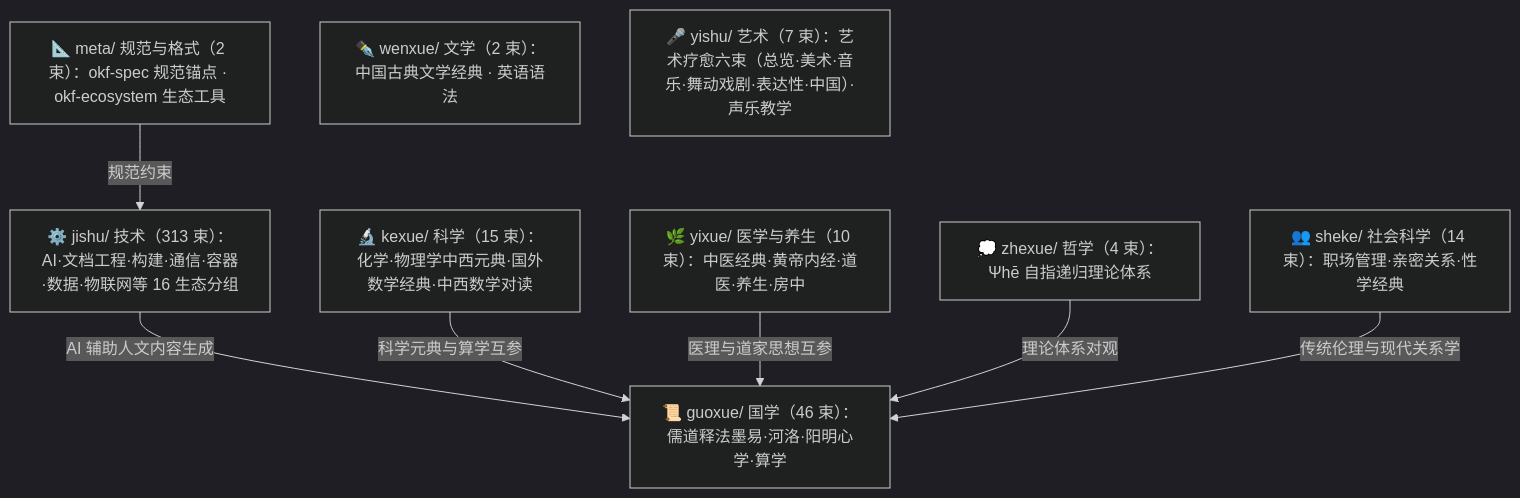
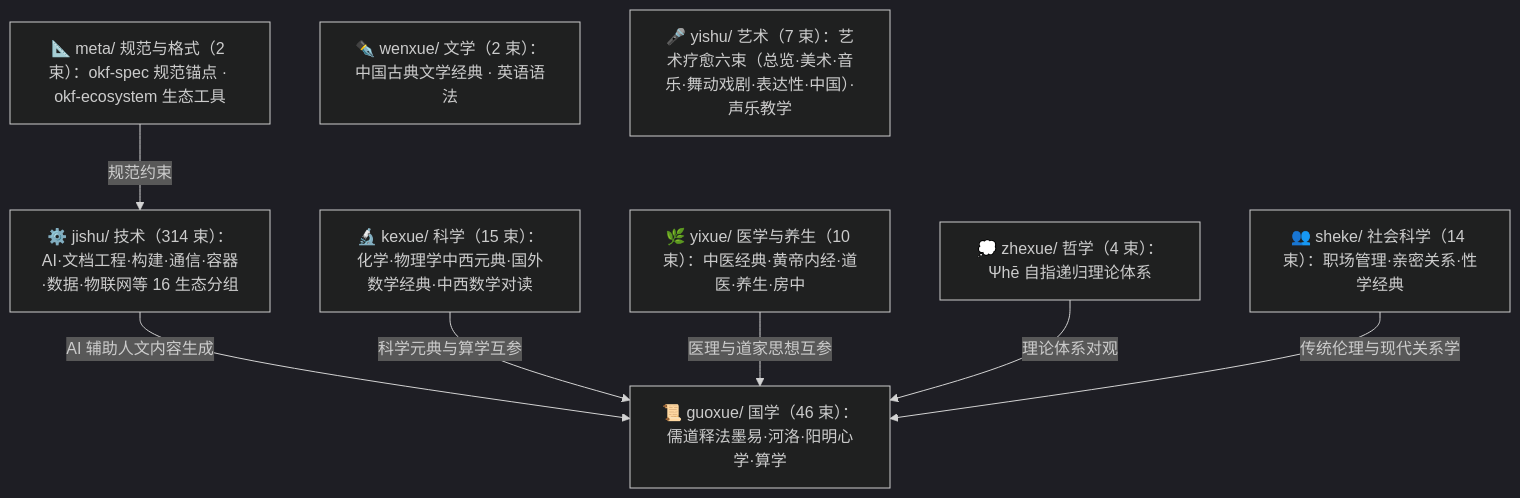
Before and after one commit to awesome-flexloop/awesome-okf: the diagram in doc/bundles/index.md, drawn with Mermaid (dark theme). The commit also changed other lines of this file and 14 other files, not shown here.

````diff
--- a/doc/bundles/index.md
+++ b/doc/bundles/index.md
@@ -21,18 +21,18 @@
 ```mermaid
 flowchart TD
     meta["📐 meta/ 规范与格式（2 束）：okf-spec 规范锚点 · okf-ecosystem 生态工具"]
     guoxue["📜 guoxue/ 国学（46 束）：儒道释法墨易·河洛·阳明心学·算学"]
     zhexue["💭 zhexue/ 哲学（4 束）：Ψhē 自指递归理论体系"]
     kexue["🔬 kexue/ 科学（15 束）：化学·物理学中西元典·国外数学经典·中西数学对读"]
     wenxue["✒️ wenxue/ 文学（2 束）：中国古典文学经典 · 英语语法"]
     yixue["🌿 yixue/ 医学与养生（10 束）：中医经典·黄帝内经·道医·养生·房中"]
     sheke["👥 sheke/ 社会科学（14 束）：职场管理·亲密关系·性学经典"]
     yishu["🎤 yishu/ 艺术（7 束）：艺术疗愈六束（总览·美术·音乐·舞动戏剧·表达性·中国）·声乐教学"]
-    jishu["⚙️ jishu/ 技术（313 束）：AI·文档工程·构建·通信·容器·数据·物联网等 16 生态分组"]
+    jishu["⚙️ jishu/ 技术（314 束）：AI·文档工程·构建·通信·容器·数据·物联网等 16 生态分组"]
     meta -->|"规范约束"| jishu
     jishu -->|"AI 辅助人文内容生成"| guoxue
     kexue -->|"科学元典与算学互参"| guoxue
     yixue -->|"医理与道家思想互参"| guoxue
     zhexue -->|"理论体系对观"| guoxue
     sheke -->|"传统伦理与现代关系学"| guoxue
 ```
````
